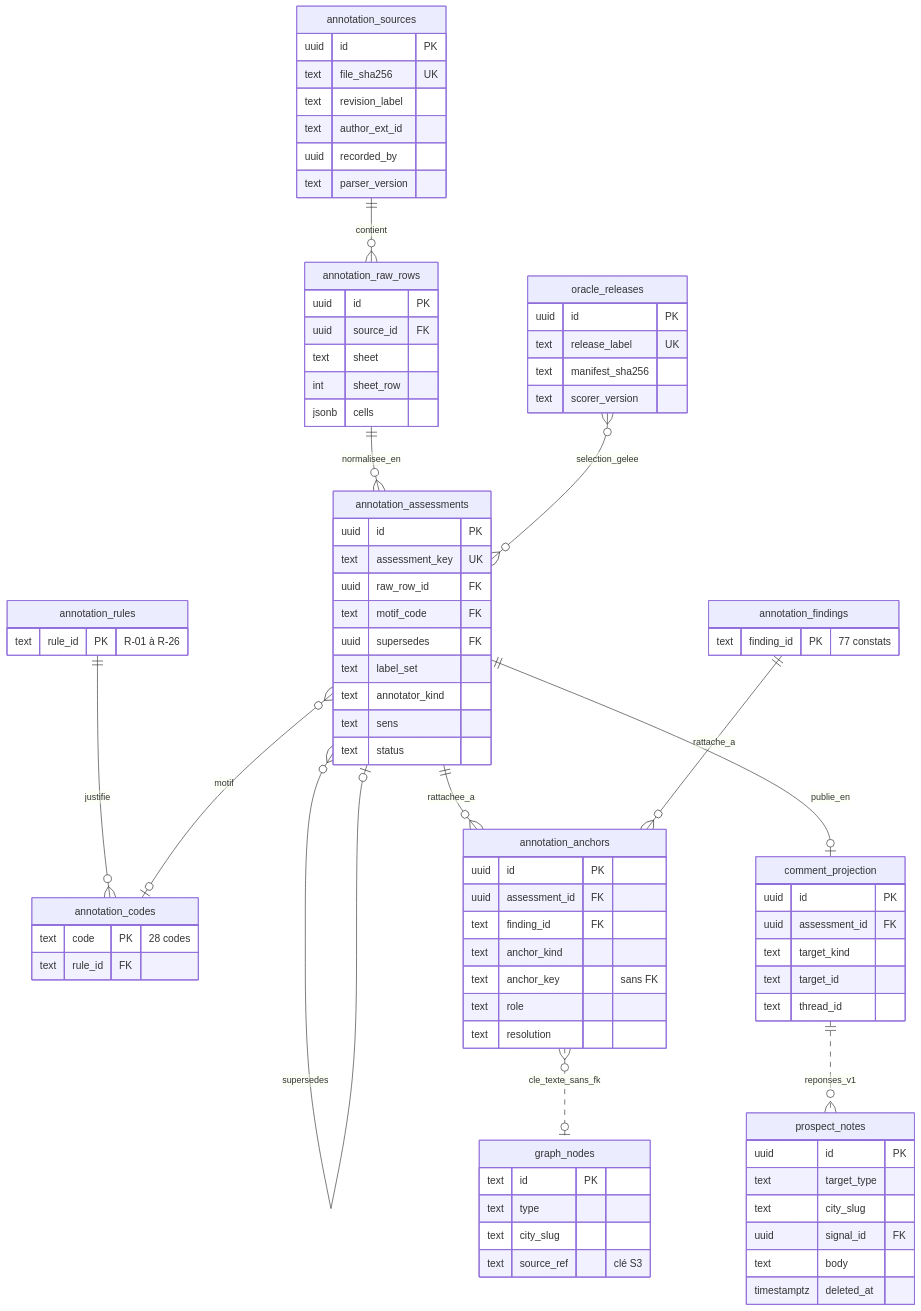
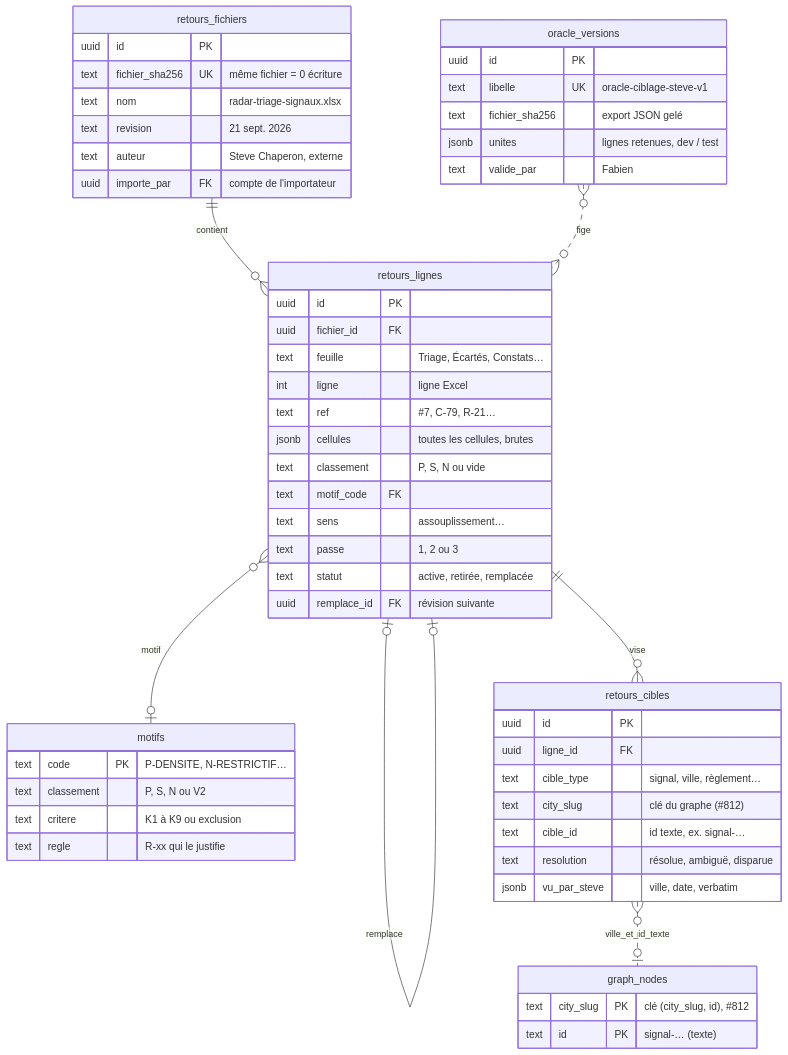
One commit to rhanka/radar-immobilier changed diagram 16 of 19 in docs/spec/reports/dossier-retours-steve/DOSSIER_DECISION_RETOURS_STEVE_2026-10-03.md. Above: the diagram before and after it, drawn with Mermaid. The commit also changed other lines of this file and 38 other files, not shown here.

````diff
--- a/docs/spec/reports/dossier-retours-steve/DOSSIER_DECISION_RETOURS_STEVE_2026-10-03.md
+++ b/docs/spec/reports/dossier-retours-steve/DOSSIER_DECISION_RETOURS_STEVE_2026-10-03.md
@@ -1476,86 +1533,57 @@
 ```mermaid
 erDiagram
-    annotation_sources ||--o{ annotation_raw_rows : contient
-    annotation_raw_rows ||--o{ annotation_assessments : normalisee_en
-    annotation_rules ||--o{ annotation_codes : justifie
-    annotation_assessments }o--o| annotation_codes : motif
-    annotation_assessments }o--o| annotation_assessments : supersedes
-    annotation_assessments ||--o{ annotation_anchors : rattachee_a
-    annotation_findings ||--o{ annotation_anchors : rattache_a
-    annotation_anchors }o..o| graph_nodes : cle_texte_sans_fk
-    oracle_releases }o--o{ annotation_assessments : selection_gelee
-    annotation_assessments ||--o| comment_projection : publie_en
-    comment_projection ||..o{ prospect_notes : reponses_v1
-    annotation_sources {
+    retours_fichiers ||--o{ retours_lignes : contient
+    retours_lignes }o--o| motifs : motif
+    retours_lignes |o--o| retours_lignes : remplace
+    retours_lignes ||--o{ retours_cibles : vise
+    retours_cibles }o..o| graph_nodes : ville_et_id_texte
+    oracle_versions }o..o{ retours_lignes : fige
+    retours_fichiers {
       uuid id PK
-      text file_sha256 UK
-      text revision_label
-      text author_ext_id
-      uuid recorded_by
-      text parser_version
+      text fichier_sha256 UK "même fichier = 0 écriture"
+      text nom "radar-triage-signaux.xlsx"
+      text revision "21 sept. 2026"
+      text auteur "Steve Chaperon, externe"
+      uuid importe_par FK "compte de l'importateur"
     }
-    annotation_raw_rows {
+    retours_lignes {
       uuid id PK
-      uuid source_id FK
-      text sheet
-      int sheet_row
-      jsonb cells
+      uuid fichier_id FK
+      text feuille "Triage, Écartés, Constats…"
+      int ligne "ligne Excel"
+      text ref "#7, C-79, R-21…"
+      jsonb cellules "toutes les cellules, brutes"
+      text classement "P, S, N ou vide"
+      text motif_code FK
+      text sens "assouplissement…"
+      text passe "1, 2 ou 3"
+      text statut "active, retirée, remplacée"
+      uuid remplace_id FK "révision suivante"
     }
-    annotation_rules {
-      text rule_id PK "R-01 à R-26"
+    motifs {
+      text code PK "P-DENSITE, N-RESTRICTIF…"
+      text classement "P, S, N ou V2"
+      text critere "K1 à K9 ou exclusion"
+      text regle "R-xx qui le justifie"
     }
-    annotation_codes {
-      text code PK "28 codes"
-      text rule_id FK
+    oracle_versions {
+      uuid id PK
+      text libelle UK "oracle-ciblage-steve-v1"
+      text fichier_sha256 "export JSON gelé"
+      jsonb unites "lignes retenues, dev / test"
+      text valide_par "Fabien"
     }
-    annotation_findings {
-      text finding_id PK "77 constats"
-    }
-    annotation_assessments {
+    retours_cibles {
       uuid id PK
-      text assessment_key UK
-      uuid raw_row_id FK
-      text motif_code FK
-      uuid supersedes FK
-      text label_set
-      text annotator_kind
-      text sens
-      text status
-    }
-    oracle_releases {
-      uuid id PK
-      text release_label UK
-      text manifest_sha256
-      text scorer_version
-    }
-    annotation_anchors {
-      uuid id PK
-      uuid assessment_id FK
-      text finding_id FK
-      text anchor_kind
-      text anchor_key "sans FK"
-      text role
-      text resolution
+      uuid ligne_id FK
+      text cible_type "signal, ville, règlement…"
+      text city_slug "clé du graphe (#812)"
+      text cible_id "id texte, ex. signal-…"
+      text resolution "résolue, ambiguë, disparue"
+      jsonb vu_par_steve "ville, date, verbatim"
     }
     graph_nodes {
-      text id PK
-      text type
-      text city_slug
-      text source_ref "clé S3"
-    }
-    comment_projection {
-      uuid id PK
-      uuid assessment_id FK
-      text target_kind
-      text target_id
-      text thread_id
-    }
-    prospect_notes {
-      uuid id PK
-      text target_type
-      text city_slug
-      uuid signal_id FK
-      text body
-      timestamptz deleted_at
+      text city_slug PK "clé (city_slug, id), #812"
+      text id PK "signal-… (texte)"
     }
 ```
````
